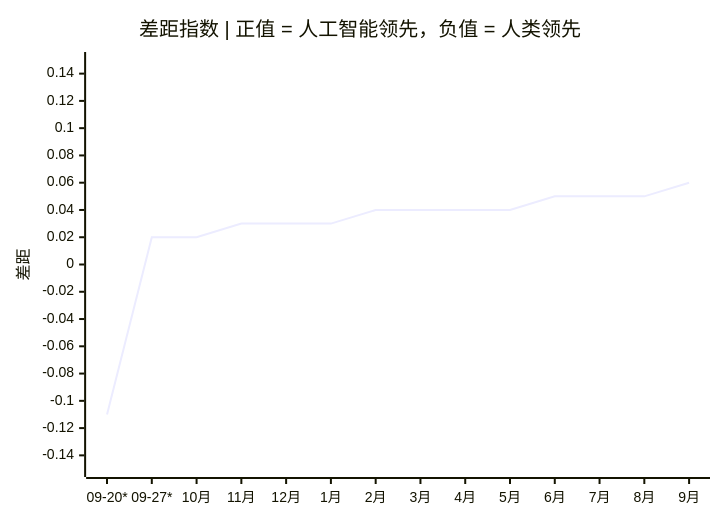
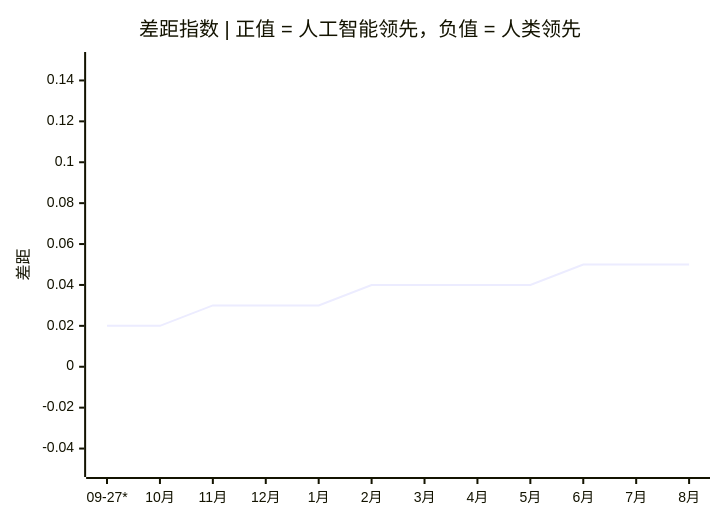
Before and after one commit to VQQLK/Human-AI-Monitor: the second of 2 diagrams in README.zh.md, drawn with Mermaid. The commit also changed other lines of this file and 5 other files, not shown here.

````diff
--- a/README.zh.md
+++ b/README.zh.md
@@ -47,7 +44,7 @@
 ```mermaid
 xychart-beta
     title "差距指数 | 正值 = 人工智能领先，负值 = 人类领先"
-    x-axis ["09-20*", "09-27*", "10月", "11月", "12月", "1月", "2月", "3月", "4月", "5月", "6月", "7月", "8月", "9月"]
-    y-axis "差距" -0.15 --> 0.15
-    line [-0.11, 0.02, 0.02, 0.03, 0.03, 0.03, 0.04, 0.04, 0.04, 0.04, 0.05, 0.05, 0.05, 0.06]
+    x-axis ["09-27*", "10月", "11月", "12月", "1月", "2月", "3月", "4月", "5月", "6月", "7月", "8月"]
+    y-axis "差距" -0.05 --> 0.15
+    line [0.02, 0.02, 0.03, 0.03, 0.03, 0.04, 0.04, 0.04, 0.04, 0.05, 0.05, 0.05]
 ```
````
